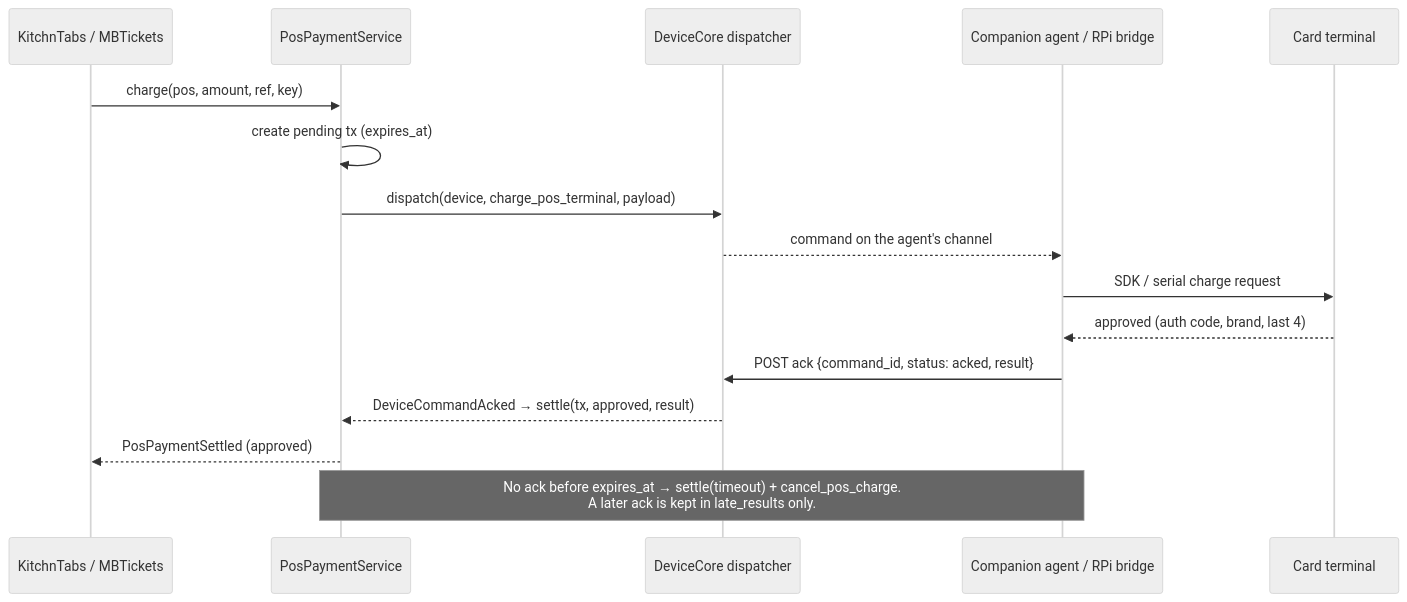
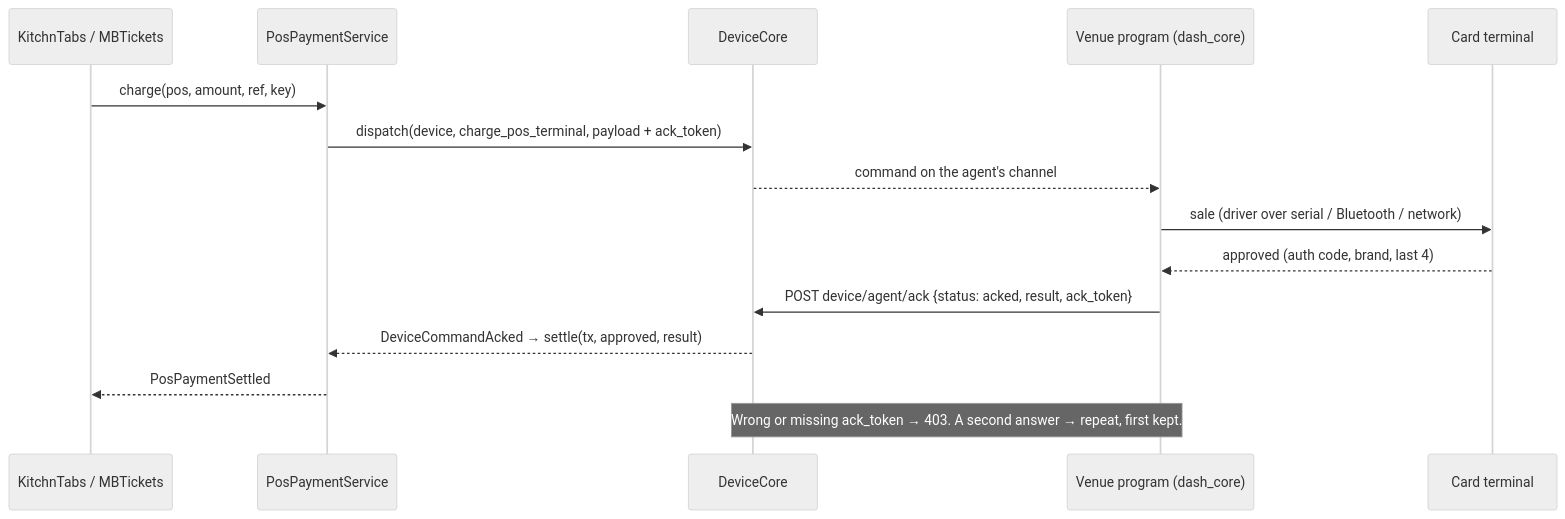
The fourth of 8 diagrams in docs/FEATURES/PHYSICAL-POS-INTEGRATIONS.md (kitchntabs/kitchntabs.github.io), drawn with Mermaid (neutral theme) before and after one commit. The commit also changed other lines of this file, not shown here.

Commit message:
docs: physical POS — payments list and refunds, refunds in cash counts, Connect Mercado Pago, phase 2 device routing, dash_core venue program

````diff
--- a/docs/FEATURES/PHYSICAL-POS-INTEGRATIONS.md
+++ b/docs/FEATURES/PHYSICAL-POS-INTEGRATIONS.md
@@ -670,19 +669,18 @@
 ```mermaid
 sequenceDiagram
     participant Caller as KitchnTabs / MBTickets
     participant SVC as PosPaymentService
-    participant DC as DeviceCore dispatcher
-    participant AG as Companion agent / RPi bridge
+    participant DC as DeviceCore
+    participant AG as Venue program (dash_core)
     participant T as Card terminal
 
     Caller->>SVC: charge(pos, amount, ref, key)
-    SVC->>SVC: create pending tx (expires_at)
-    SVC->>DC: dispatch(device, charge_pos_terminal, payload)
+    SVC->>DC: dispatch(device, charge_pos_terminal, payload + ack_token)
     DC-->>AG: command on the agent's channel
-    AG->>T: SDK / serial charge request
+    AG->>T: sale (driver over serial / Bluetooth / network)
     T-->>AG: approved (auth code, brand, last 4)
-    AG->>DC: POST ack {command_id, status: acked, result}
+    AG->>DC: POST device/agent/ack {status: acked, result, ack_token}
     DC-->>SVC: DeviceCommandAcked → settle(tx, approved, result)
-    SVC-->>Caller: PosPaymentSettled (approved)
-    Note over SVC,AG: No ack before expires_at → settle(timeout) + cancel_pos_charge.<br/>A later ack is kept in late_results only.
+    SVC-->>Caller: PosPaymentSettled
+    Note over DC,AG: Wrong or missing ack_token → 403. A second answer → repeat, first kept.
 ```
````
